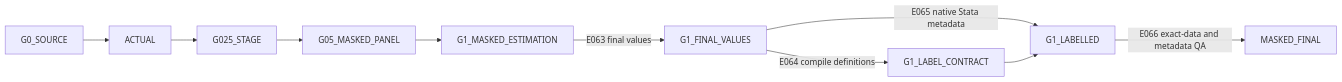
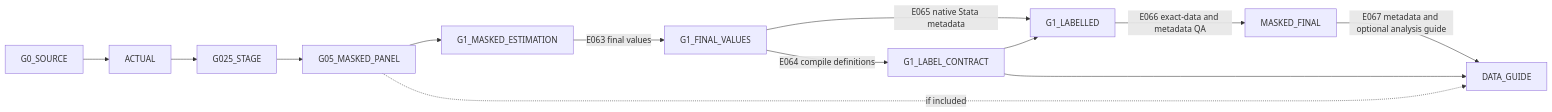
One commit to natanaelwgm/2026-kolega-den-bps-repo changed the second of 2 diagrams in downstream/dag/DAG.md. Above: the diagram before and after it, drawn with Mermaid. The commit also changed other lines of this file and 13 other files, not shown here.

Commit message:
Document final datasets with nonbinding downstream analysis guidance

````diff
--- a/downstream/dag/DAG.md
+++ b/downstream/dag/DAG.md
@@ -43,12 +43,15 @@
 ```mermaid
 flowchart LR
     G0_SOURCE --> ACTUAL
     ACTUAL --> G025_STAGE
     G025_STAGE --> G05_MASKED_PANEL
     G05_MASKED_PANEL --> G1_MASKED_ESTIMATION
     G1_MASKED_ESTIMATION -->|E063 final values| G1_FINAL_VALUES
     G1_FINAL_VALUES -->|E064 compile definitions| G1_LABEL_CONTRACT
     G1_FINAL_VALUES -->|E065 native Stata metadata| G1_LABELLED
     G1_LABEL_CONTRACT --> G1_LABELLED
     G1_LABELLED -->|E066 exact-data and metadata QA| MASKED_FINAL
+    MASKED_FINAL -->|E067 metadata and optional analysis guide| DATA_GUIDE
+    G1_LABEL_CONTRACT --> DATA_GUIDE
+    G05_MASKED_PANEL -. if included .-> DATA_GUIDE
 ```
````
